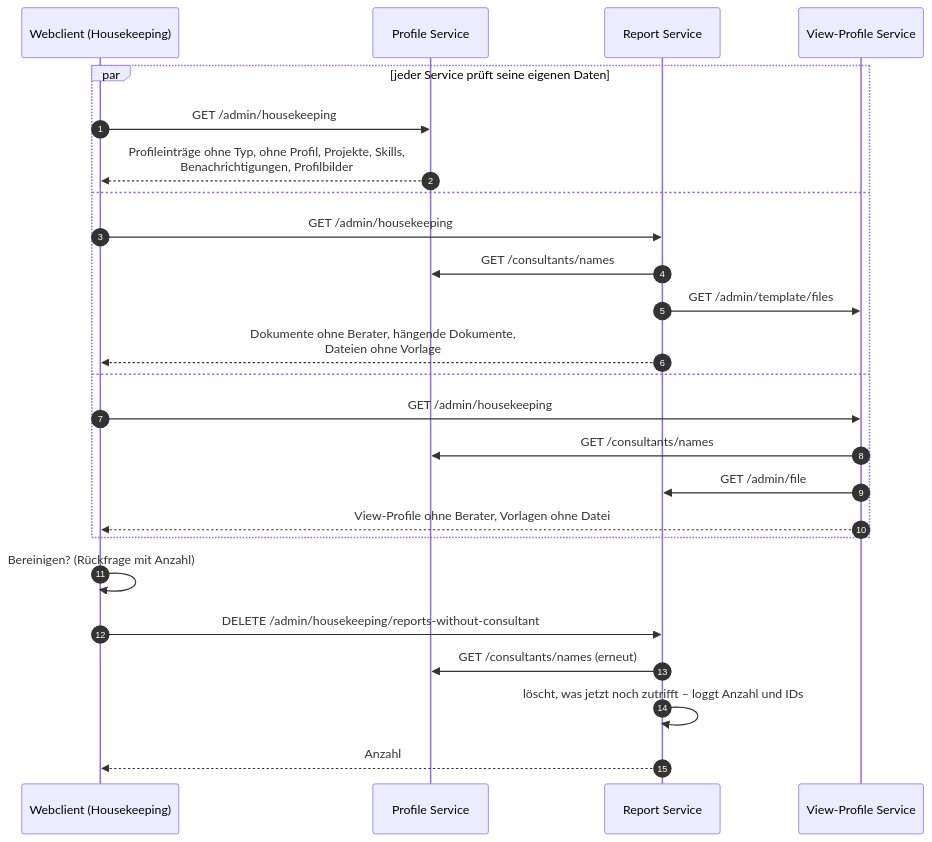
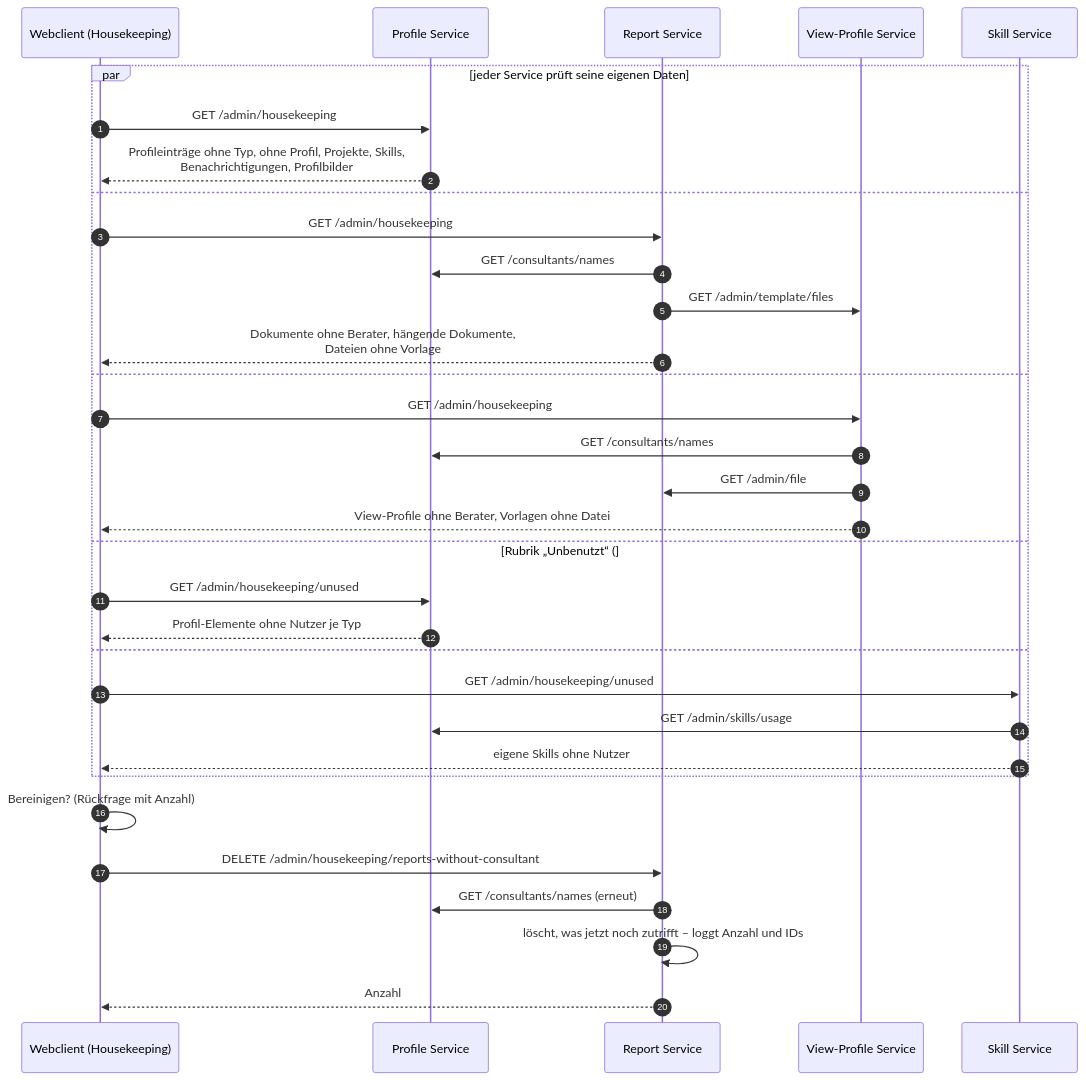
Before and after one commit to HBTGmbH/hbt-power: the eighth of 8 diagrams in docs/arc42/06-laufzeitsicht.md, drawn with Mermaid. The commit also changed 22 other files, not shown here.

First line of the commit message:
#288 - Housekeeping: Rubrik Unbenutzt für Profil-Elemente und eigene Skills (#296)

````diff
--- a/docs/arc42/06-laufzeitsicht.md
+++ b/docs/arc42/06-laufzeitsicht.md
@@ -193,28 +193,36 @@
 ```mermaid
 sequenceDiagram
     autonumber
     participant W as Webclient (Housekeeping)
     participant P as Profile Service
     participant R as Report Service
     participant V as View-Profile Service
+    participant S as Skill Service
 
     par jeder Service prüft seine eigenen Daten
         W->>P: GET /admin/housekeeping
         P-->>W: Profileinträge ohne Typ, ohne Profil, Projekte, Skills,<br/>Benachrichtigungen, Profilbilder
     and
         W->>R: GET /admin/housekeeping
         R->>P: GET /consultants/names
         R->>V: GET /admin/template/files
         R-->>W: Dokumente ohne Berater, hängende Dokumente,<br/>Dateien ohne Vorlage
     and
         W->>V: GET /admin/housekeeping
         V->>P: GET /consultants/names
         V->>R: GET /admin/file
         V-->>W: View-Profile ohne Berater, Vorlagen ohne Datei
+    and Rubrik „Unbenutzt“ (#288)
+        W->>P: GET /admin/housekeeping/unused
+        P-->>W: Profil-Elemente ohne Nutzer je Typ
+    and
+        W->>S: GET /admin/housekeeping/unused
+        S->>P: GET /admin/skills/usage
+        S-->>W: eigene Skills ohne Nutzer
     end
     W->>W: Bereinigen? (Rückfrage mit Anzahl)
     W->>R: DELETE /admin/housekeeping/reports-without-consultant
     R->>P: GET /consultants/names (erneut)
     R->>R: löscht, was jetzt noch zutrifft – loggt Anzahl und IDs
     R-->>W: Anzahl
 ```
````
